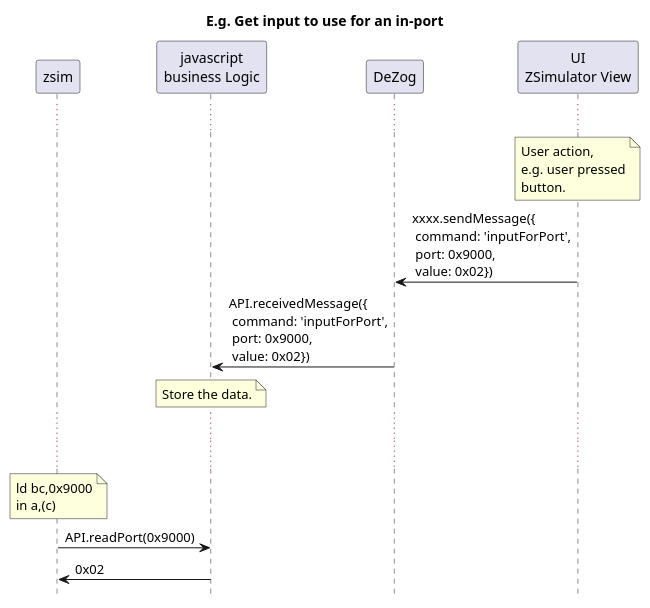
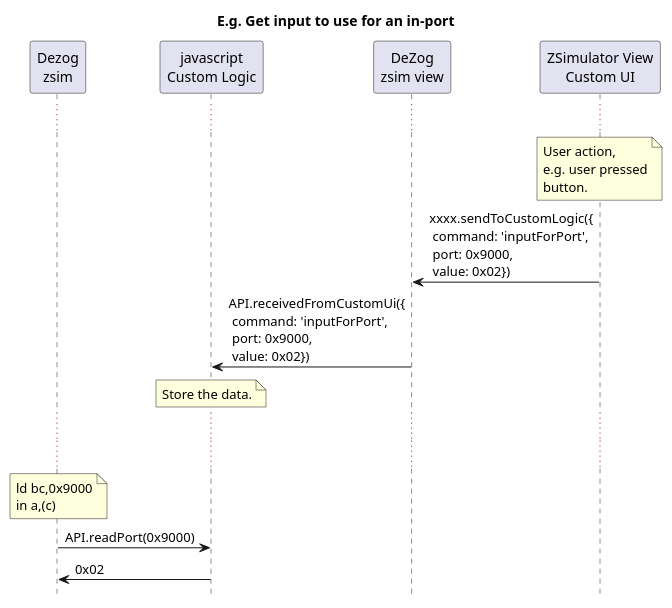
One commit to maziac/DeZog changed the eighth of 9 diagrams in documentation/zsimPeripherals.md. Above: the diagram before and after it, drawn with PlantUML. The commit also changed other lines of this file and 1 other file, not shown here.

```diff
--- a/documentation/zsimPeripherals.md
+++ b/documentation/zsimPeripherals.md
@@ -289,19 +289,19 @@
 ~~~puml
 hide footbox
 title E.g. Get input to use for an in-port
-participant zsim
-participant js as "javascript\nbusiness Logic"
-participant dezog as "DeZog"
-participant ui as "UI\nZSimulator View"
+participant zsim as "Dezog\nzsim"
+participant js as "javascript\nCustom Logic"
+participant dezog as "DeZog\nzsim view"
+participant ui as "ZSimulator View\nCustom UI"
 
 ...
 note over ui: User action,\ne.g. user pressed\nbutton.
-dezog <- ui: xxxx.sendMessage({\n command: 'inputForPort',\n port: 0x9000,\n value: 0x02})
-js <- dezog: API.receivedMessage({\n command: 'inputForPort',\n port: 0x9000,\n value: 0x02})
+dezog <- ui: xxxx.sendToCustomLogic({\n command: 'inputForPort',\n port: 0x9000,\n value: 0x02})
+js <- dezog: API.receivedFromCustomUi({\n command: 'inputForPort',\n port: 0x9000,\n value: 0x02})
 note over js: Store the data.
 ...
 ...
 note over zsim: ld bc,0x9000\nin a,(c)
 zsim -> js: API.readPort(0x9000)
 zsim <- js: 0x02
 ~~~
```
